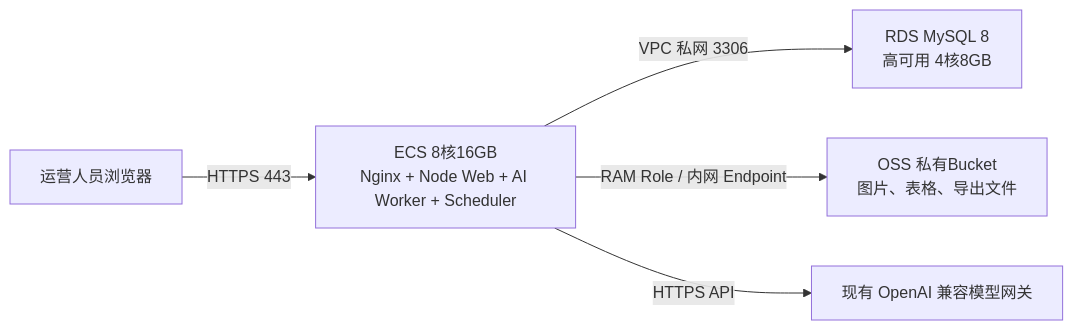
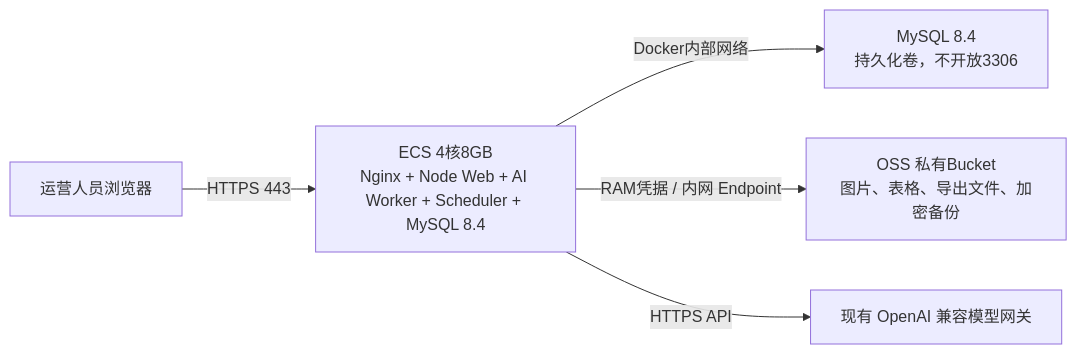
One commit to gaozhenshao-hub/amazon-listing-tool changed the diagram in docs/aliyun-hangzhou-purchase-checklist.md. Above: the diagram before and after it, drawn with Mermaid. The commit also changed other lines of this file and 14 other files, not shown here.

````diff
--- a/docs/aliyun-hangzhou-purchase-checklist.md
+++ b/docs/aliyun-hangzhou-purchase-checklist.md
@@ -7,7 +7,7 @@
 ```mermaid
 flowchart LR
-  U[运营人员浏览器] -->|HTTPS 443| E[ECS 8核16GB\nNginx + Node Web + AI Worker + Scheduler]
-  E -->|VPC 私网 3306| R[RDS MySQL 8\n高可用 4核8GB]
-  E -->|RAM Role / 内网 Endpoint| O[OSS 私有Bucket\n图片、表格、导出文件]
+  U[运营人员浏览器] -->|HTTPS 443| E[ECS 4核8GB\nNginx + Node Web + AI Worker + Scheduler + MySQL 8.4]
+  E -->|Docker内部网络| D[MySQL 8.4\n持久化卷，不开放3306]
+  E -->|RAM凭据 / 内网 Endpoint| O[OSS 私有Bucket\n图片、表格、导出文件、加密备份]
   E -->|HTTPS API| M[现有 OpenAI 兼容模型网关]
 ```
````
